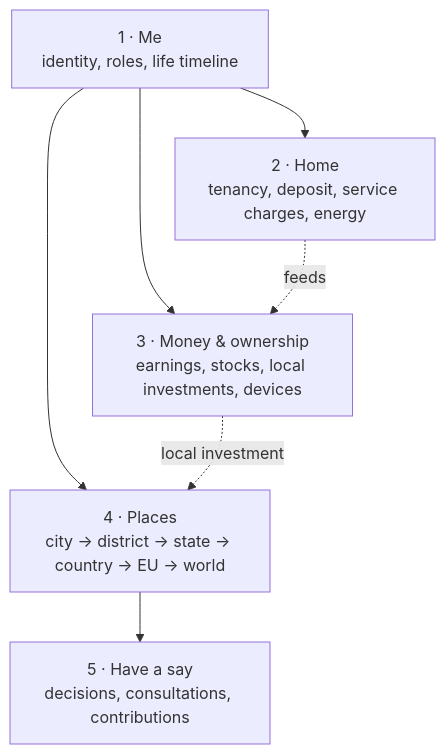
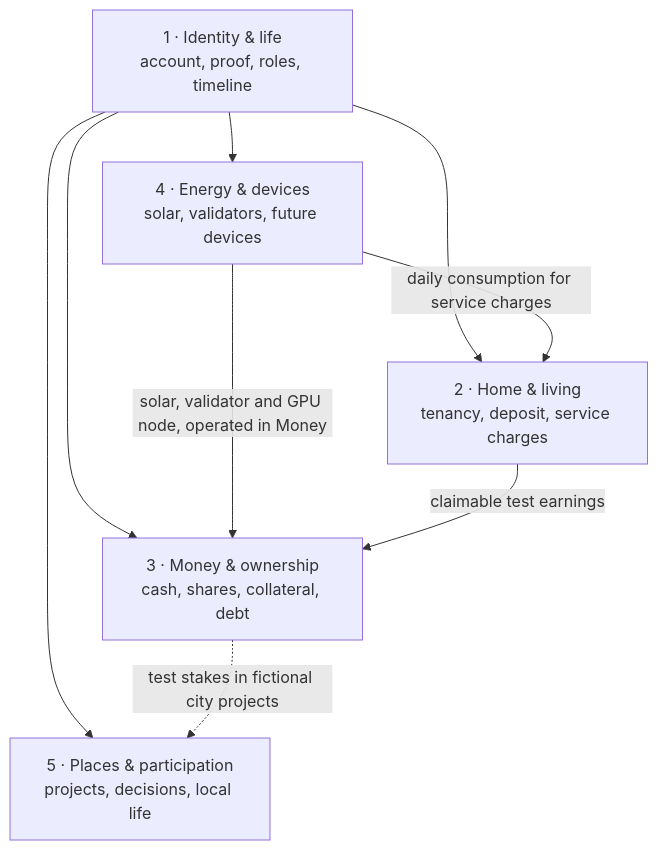
The diagram in docs/LEDGER_OF_LIFE.md (GiraeffleAeffle/ledger-of-life), drawn with Mermaid before and after one commit. The commit also changed other lines of this file and 337 other files, not shown here.

````diff
--- a/docs/LEDGER_OF_LIFE.md
+++ b/docs/LEDGER_OF_LIFE.md
@@ -21,14 +21,16 @@
 ```mermaid
 flowchart TB
-    me["1 · Me<br/>identity, roles, life timeline"]
-    home["2 · Home<br/>tenancy, deposit, service charges, energy"]
-    money["3 · Money & ownership<br/>earnings, stocks, local investments, devices"]
-    places["4 · Places<br/>city → district → state → country → EU → world"]
-    say["5 · Have a say<br/>decisions, consultations, contributions"]
+    me["1 · Identity & life<br/>account, proof, roles, timeline"]
+    home["2 · Home & living<br/>tenancy, deposit, service charges"]
+    money["3 · Money & ownership<br/>cash, shares, collateral, debt"]
+    devices["4 · Energy & devices<br/>solar, validators, future devices"]
+    places["5 · Places & participation<br/>projects, decisions, local life"]
     me --> home
     me --> money
+    me --> devices
     me --> places
-    places --> say
-    home -.feeds.-> money
-    money -.local investment.-> places
+    devices -->|daily consumption for service charges| home
+    devices -->|solar, validator and GPU node, operated in Money| money
+    home -->|claimable test earnings| money
+    money -.test stakes in fictional city projects.-> places
 ```
````
